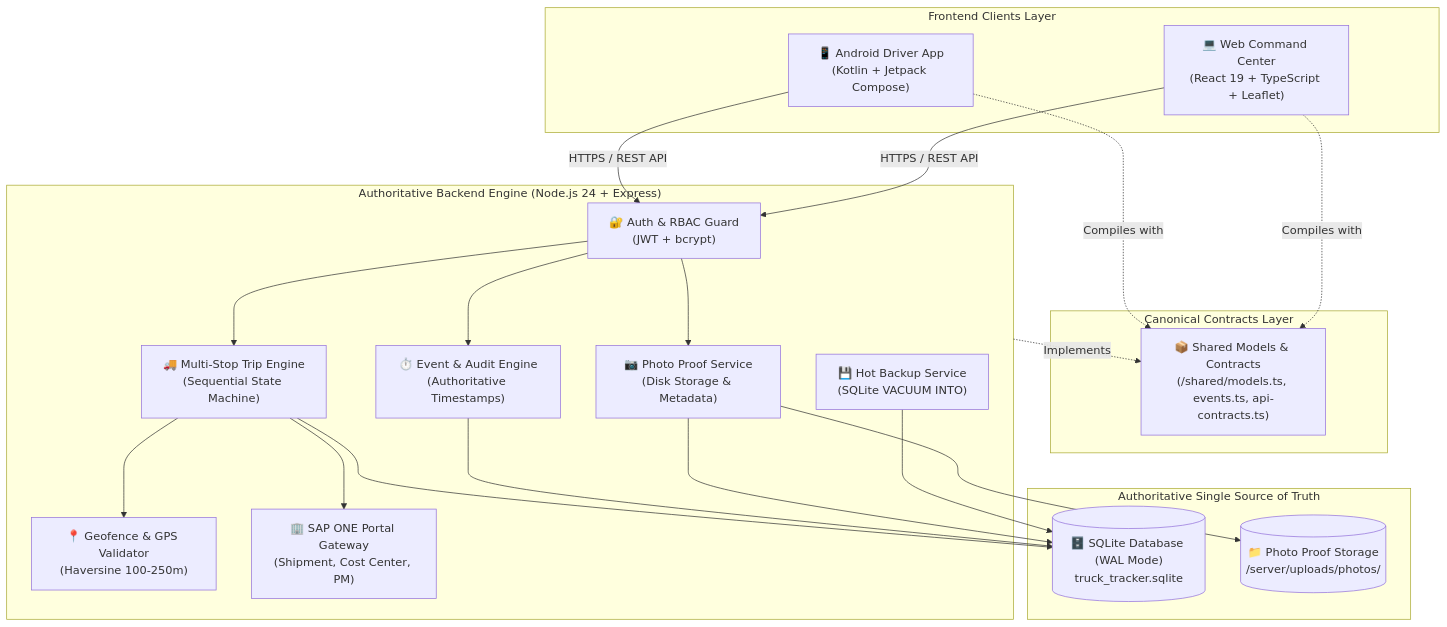
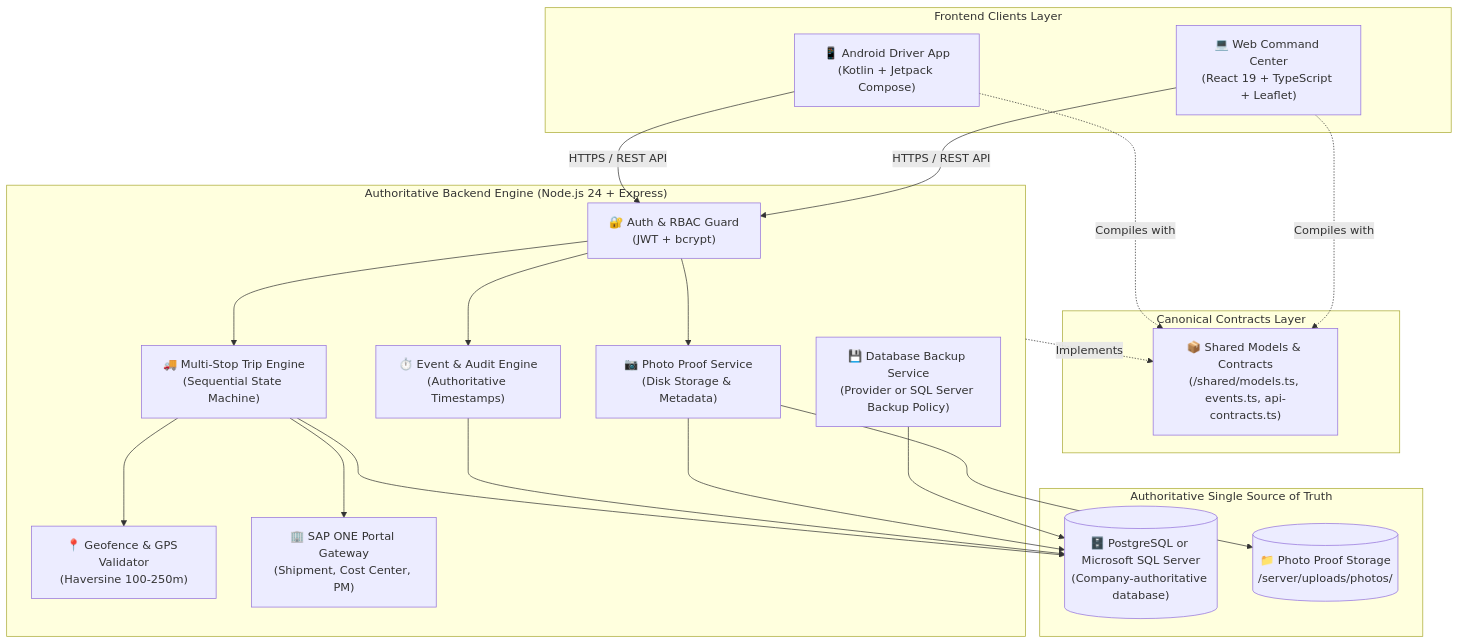
The first of 4 diagrams in documentation/architecture.md (Nixxzzzzz/truck_tracker), drawn with Mermaid before and after one commit. The commit also changed other lines of this file and 5 other files, not shown here.

Commit message:
align documentation with database and photo storage

````diff
--- a/documentation/architecture.md
+++ b/documentation/architecture.md
@@ -15,46 +15,46 @@
 ```mermaid
 graph TD
     subgraph Clients["Frontend Clients Layer"]
         AndroidApp["📱 Android Driver App<br/>(Kotlin + Jetpack Compose)"]
         WebApp["💻 Web Command Center<br/>(React 19 + TypeScript + Leaflet)"]
     end
 
     subgraph Shared["Canonical Contracts Layer"]
         SharedTypes["📦 Shared Models & Contracts<br/>(/shared/models.ts, events.ts, api-contracts.ts)"]
     end
 
     subgraph Backend["Authoritative Backend Engine (Node.js 24 + Express)"]
         AuthModule["🔐 Auth & RBAC Guard<br/>(JWT + bcrypt)"]
         TripEngine["🚚 Multi-Stop Trip Engine<br/>(Sequential State Machine)"]
         EventEngine["⏱️ Event & Audit Engine<br/>(Authoritative Timestamps)"]
         GeoService["📍 Geofence & GPS Validator<br/>(Haversine 100-250m)"]
         PhotoService["📷 Photo Proof Service<br/>(Disk Storage & Metadata)"]
         ErpGateway["🏢 SAP ONE Portal Gateway<br/>(Shipment, Cost Center, PM)"]
-        BackupService["💾 Hot Backup Service<br/>(SQLite VACUUM INTO)"]
+        BackupService["💾 Database Backup Service<br/>(Provider or SQL Server Backup Policy)"]
     end
 
     subgraph Storage["Authoritative Single Source of Truth"]
-        SQLiteDB[("🗄️ SQLite Database (WAL Mode)<br/>truck_tracker.sqlite")]
+        Database[("🗄️ PostgreSQL or Microsoft SQL Server<br/>(Company-authoritative database)")]
         PhotoStorage[("📁 Photo Proof Storage<br/>/server/uploads/photos/")]
     end
 
     AndroidApp -->|HTTPS / REST API| AuthModule
     WebApp -->|HTTPS / REST API| AuthModule
 
     AndroidApp -.->|Compiles with| SharedTypes
     WebApp -.->|Compiles with| SharedTypes
     Backend -.->|Implements| SharedTypes
 
     AuthModule --> TripEngine
     AuthModule --> EventEngine
     AuthModule --> PhotoService
 
     TripEngine --> GeoService
-    TripEngine --> SQLiteDB
+    TripEngine --> Database
     TripEngine --> ErpGateway
-    EventEngine --> SQLiteDB
+    EventEngine --> Database
     PhotoService --> PhotoStorage
-    PhotoService --> SQLiteDB
+    PhotoService --> Database
 
-    BackupService --> SQLiteDB
+    BackupService --> Database
 ```
````
